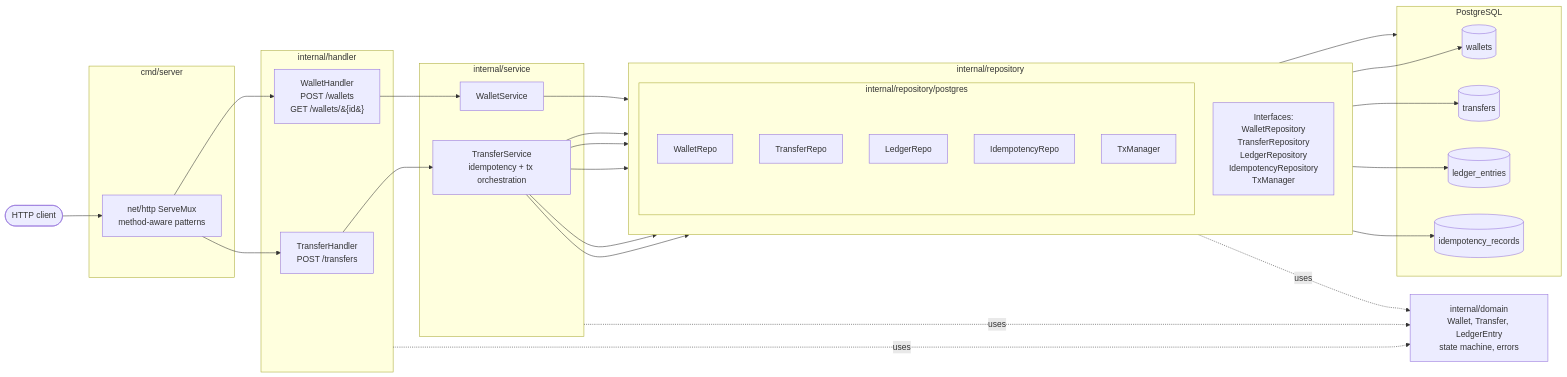
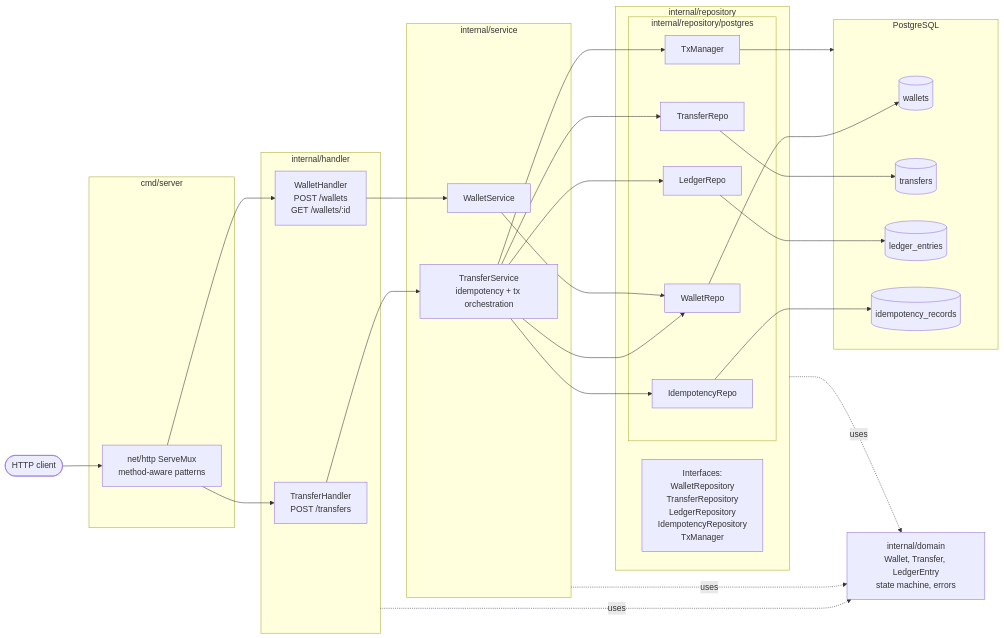
One commit to PratikDhanave/wallet-transfer-assignment changed the first of 20 diagrams in README.md. Above: the diagram before and after it, drawn with Mermaid. The commit also changed other lines of this file, not shown here.

````diff
--- a/README.md
+++ b/README.md
@@ -90,60 +90,59 @@
 ```mermaid
 flowchart LR
     Client([HTTP client])
 
-    subgraph Entry [cmd/server]
-        Mux[net/http ServeMux<br/>method-aware patterns]
+    subgraph Entry["cmd/server"]
+        Mux["net/http ServeMux<br/>method-aware patterns"]
     end
 
-    subgraph H [internal/handler]
-        TH[TransferHandler<br/>POST /transfers]
-        WH[WalletHandler<br/>POST /wallets<br/>GET /wallets/&#123;id&#125;]
+    subgraph H["internal/handler"]
+        TH["TransferHandler<br/>POST /transfers"]
+        WH["WalletHandler<br/>POST /wallets<br/>GET /wallets/:id"]
     end
 
-    subgraph S [internal/service]
-        TS[TransferService<br/>idempotency + tx orchestration]
-        WS[WalletService]
+    subgraph S["internal/service"]
+        TS["TransferService<br/>idempotency + tx orchestration"]
+        WS["WalletService"]
     end
 
-    subgraph R [internal/repository]
-        direction TB
-        IF[Interfaces:<br/>WalletRepository<br/>TransferRepository<br/>LedgerRepository<br/>IdempotencyRepository<br/>TxManager]
-        subgraph PG [internal/repository/postgres]
-            PWR[WalletRepo]
-            PTR[TransferRepo]
-            PLR[LedgerRepo]
-            PIR[IdempotencyRepo]
-            PTX[TxManager]
+    subgraph R["internal/repository"]
+        IF["Interfaces:<br/>WalletRepository<br/>TransferRepository<br/>LedgerRepository<br/>IdempotencyRepository<br/>TxManager"]
+        subgraph PG["internal/repository/postgres"]
+            PWR["WalletRepo"]
+            PTR["TransferRepo"]
+            PLR["LedgerRepo"]
+            PIR["IdempotencyRepo"]
+            PTX["TxManager"]
         end
     end
 
-    subgraph DB[PostgreSQL]
+    subgraph DB["PostgreSQL"]
         W[(wallets)]
         T[(transfers)]
         L[(ledger_entries)]
         I[(idempotency_records)]
     end
 
-    D[internal/domain<br/>Wallet, Transfer, LedgerEntry<br/>state machine, errors]
+    D["internal/domain<br/>Wallet, Transfer, LedgerEntry<br/>state machine, errors"]
 
     Client --> Mux
     Mux --> TH
     Mux --> WH
     TH --> TS
     WH --> WS
     TS --> PTX
     TS --> PWR
     TS --> PTR
     TS --> PLR
     TS --> PIR
     WS --> PWR
     PTX --> DB
     PWR --> W
     PTR --> T
     PLR --> L
     PIR --> I
 
     H -.uses.-> D
     S -.uses.-> D
     R -.uses.-> D
 ```
````
